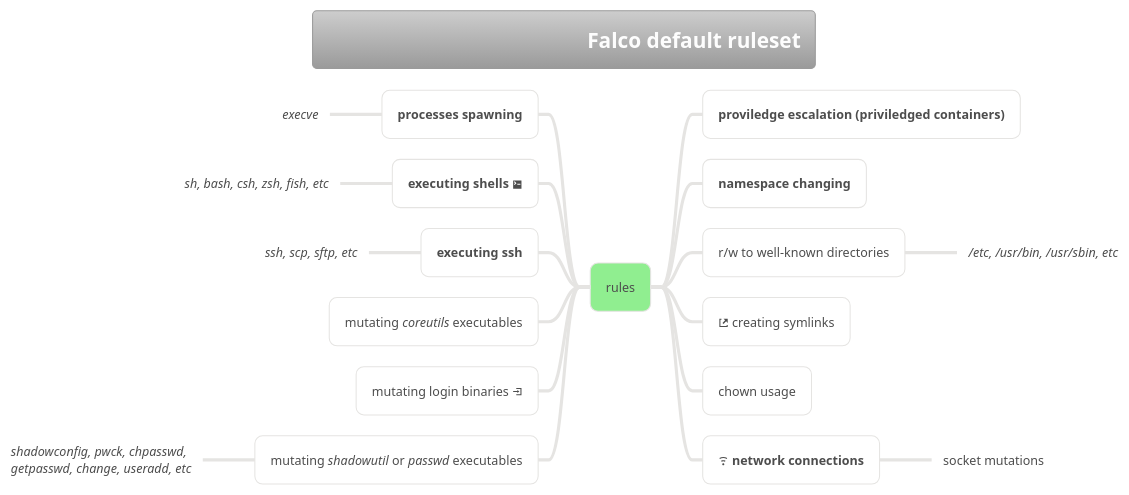
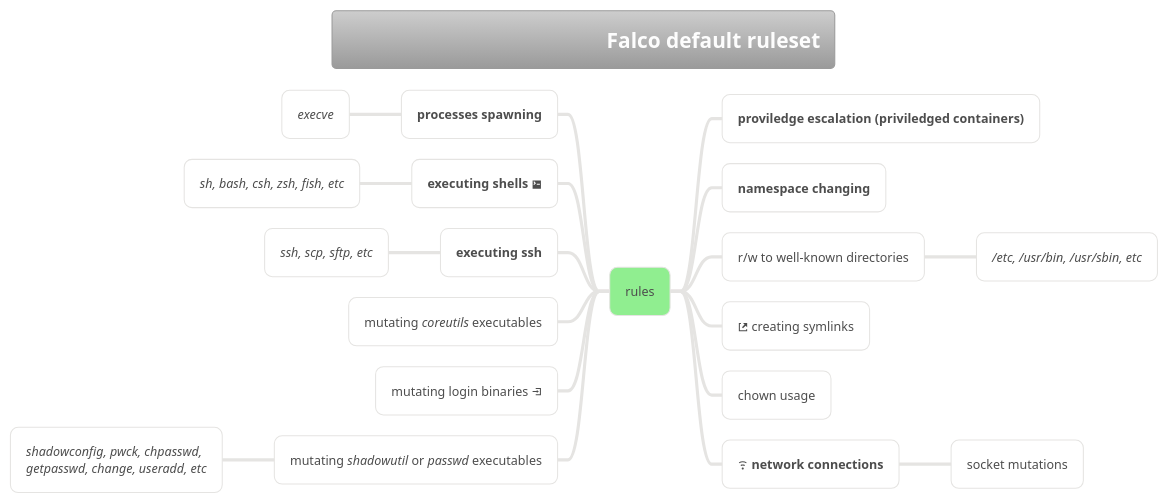
One commit to Piotr1215/cloudrumble changed the diagram in diagrams/cks-falco-default-rules.puml. Above: the diagram before and after it, drawn with PlantUML.

Commit message:
formatting

```diff
--- a/diagrams/cks-falco-default-rules.puml
+++ b/diagrams/cks-falco-default-rules.puml
@@ -1,40 +1,43 @@
 @startmindmap cks-falco-default-rules
 
 title "\t\t\t\t\t\tFalco default ruleset"
 
 !theme metal
 
 <style>
 mindmapDiagram {
     node {
         BackgroundColor lightGreen
     }
     :depth(1) {
-      BackGroundColor white
+        BackGroundColor white
+    }
+    :depth(2) {
+        BackGroundColor white
     }
 }
 </style>
 
 * rules
 ** **proviledge escalation (priviledged containers)**
 ** **namespace changing**
 ** r/w to well-known directories
-***_ <i>/etc, /usr/bin, /usr/sbin, etc</i>
+*** <i>/etc, /usr/bin, /usr/sbin, etc</i>
 ** <&external-link> creating symlinks
 ** chown usage
 ** <&wifi> **network connections**
-***_ socket mutations
+*** socket mutations
 left side
 ** **processes spawning**
-***_ <i>execve</i>
+*** <i>execve</i>
 ** **executing shells <&terminal>**
-***_ <i>sh, bash, csh, zsh, fish, etc</i>
+*** <i>sh, bash, csh, zsh, fish, etc</i>
 ** **executing ssh**
-***_ <i>ssh, scp, sftp, etc</i>
+*** <i>ssh, scp, sftp, etc</i>
 ** mutating <i>coreutils</i> executables
 ** mutating login binaries <&account-login>
 ** mutating <i>shadowutil</i> or <i>passwd</i> executables
-***_ <i>shadowconfig, pwck, chpasswd, \n<i>getpasswd, change, useradd, etc</i>
+*** <i>shadowconfig, pwck, chpasswd, \n<i>getpasswd, change, useradd, etc</i>
 
 
 @endmindmap
```
